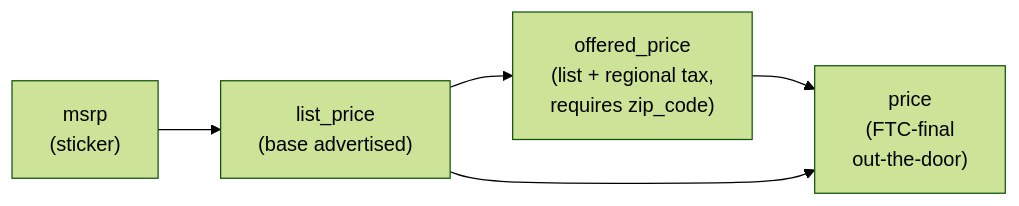
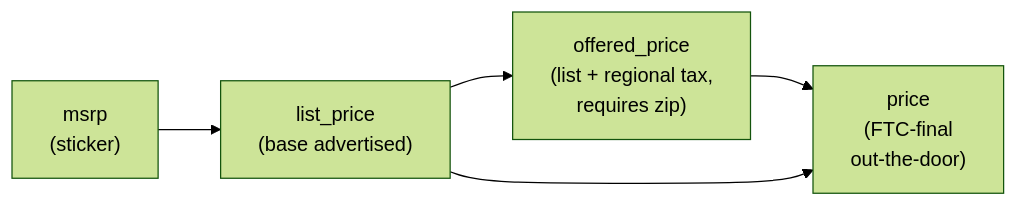
One commit to auto-agent-protocol/auto-agent-protocol changed the diagram in docs/pricing-and-ftc.md. Above: the diagram before and after it, drawn with Mermaid (forest theme). The commit also changed other lines of this file and 75 other files, not shown here.

````diff
--- a/docs/pricing-and-ftc.md
+++ b/docs/pricing-and-ftc.md
@@ -45,7 +45,7 @@
 ```mermaid
 flowchart LR
   msrp["msrp<br/>(sticker)"] --> list["list_price<br/>(base advertised)"]
-  list --> offered["offered_price<br/>(list + regional tax,<br/>requires zip_code)"]
+  list --> offered["offered_price<br/>(list + regional tax,<br/>requires zip)"]
   offered --> price["price<br/>(FTC-final<br/>out-the-door)"]
   list --> price
 ```
````
